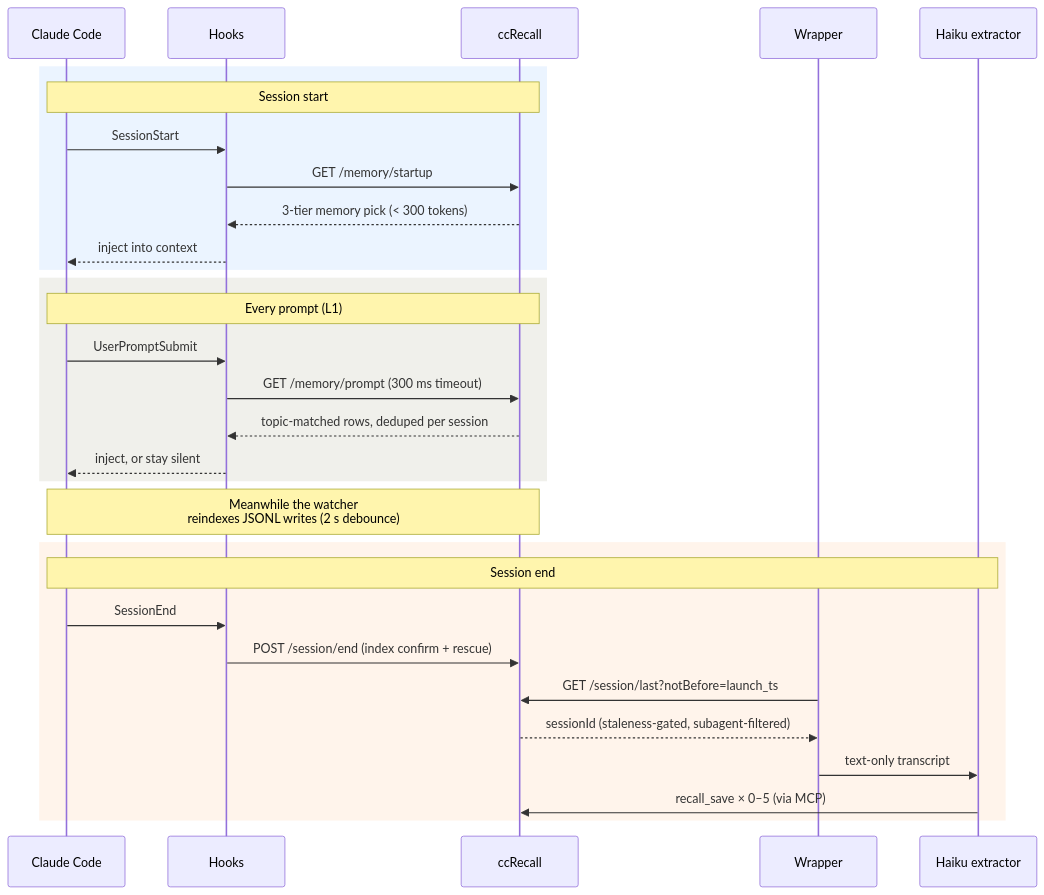
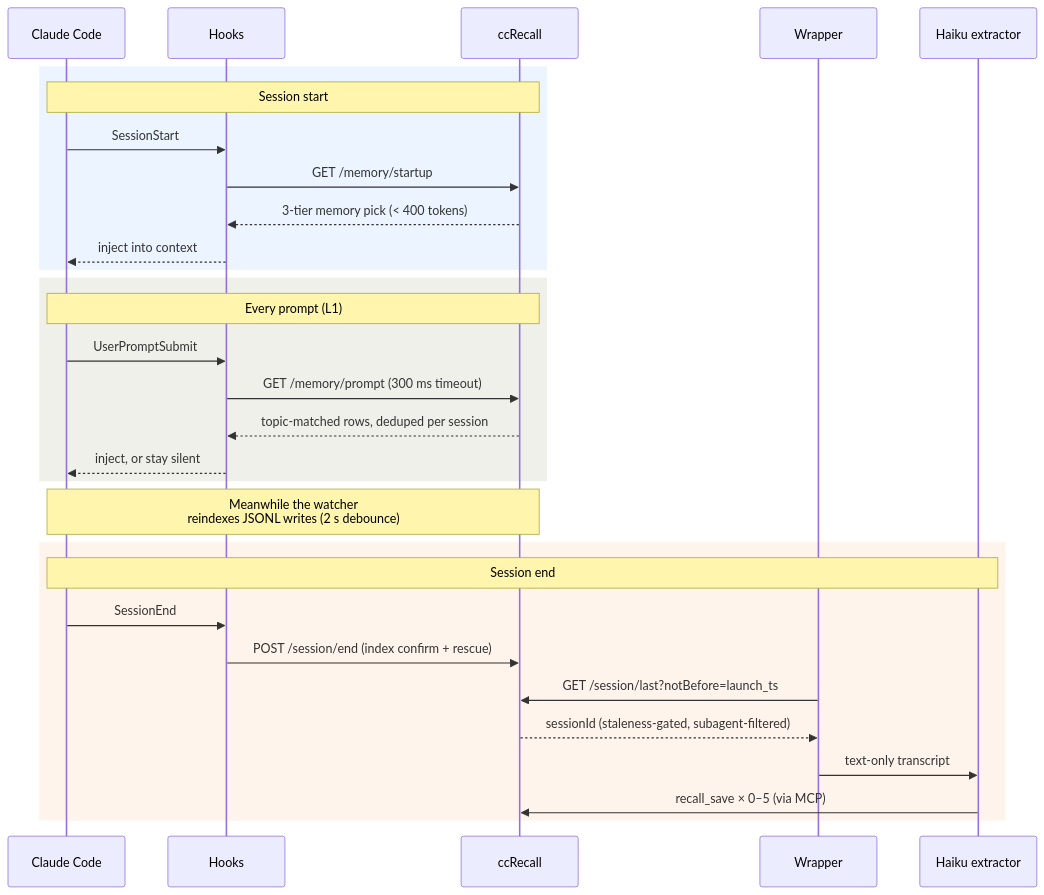
Before and after one commit to tznthou/ccRecall: the second of 2 diagrams in README.md, drawn with Mermaid. The commit also changed other lines of this file and 4 other files, not shown here.

````diff
--- a/README.md
+++ b/README.md
@@ -116,36 +116,36 @@
 ```mermaid
 sequenceDiagram
     participant CC as Claude Code
     participant H as Hooks
     participant R as ccRecall
     participant W as Wrapper
     participant X as Haiku extractor
 
     rect rgb(235, 244, 255)
     Note over CC,R: Session start
     CC->>H: SessionStart
     H->>R: GET /memory/startup
-    R-->>H: 3-tier memory pick (< 300 tokens)
+    R-->>H: 3-tier memory pick (< 400 tokens)
     H-->>CC: inject into context
     end
 
     rect rgb(240, 240, 235)
     Note over CC,R: Every prompt (L1)
     CC->>H: UserPromptSubmit
     H->>R: GET /memory/prompt (300 ms timeout)
     R-->>H: topic-matched rows, deduped per session
     H-->>CC: inject, or stay silent
     end
 
     Note over CC,R: Meanwhile the watcher<br/>reindexes JSONL writes (2 s debounce)
 
     rect rgb(255, 244, 235)
     Note over CC,X: Session end
     CC->>H: SessionEnd
     H->>R: POST /session/end (index confirm + rescue)
     W->>R: GET /session/last?notBefore=launch_ts
     R-->>W: sessionId (staleness-gated, subagent-filtered)
     W->>X: text-only transcript
     X->>R: recall_save × 0–5 (via MCP)
     end
 ```
````
